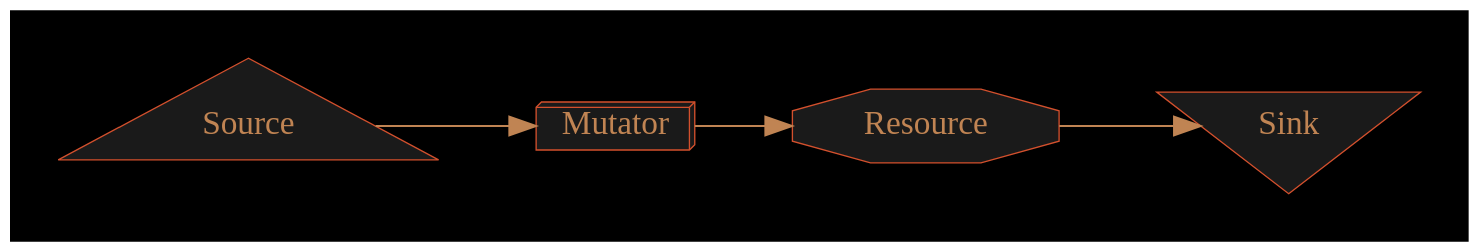
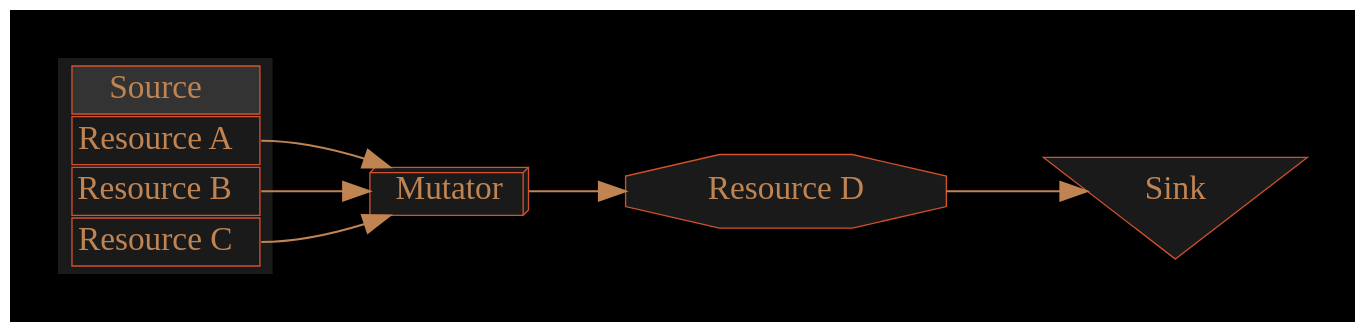
Before and after one commit to cartesiantheatre/handbook: the diagram in Handbook/Source/Game_Mechanics/Images/Legend.gv, drawn with Graphviz. The commit also changed 15 other files, not shown here.

```diff
--- a/Handbook/Source/Game_Mechanics/Images/Legend.gv
+++ b/Handbook/Source/Game_Mechanics/Images/Legend.gv
@@ -1,48 +1,69 @@
 /*
   This is part of the Avaneya Project Crew Handbook.
   Copyright (C) 2010, 2011, 2012
     Kshatra Corp.
   See the file License for copying conditions.
   
   To manually compile:
       $ sudo aptitude install graphviz
       $ dot -Tpdf Resources.gv -o Resources.pdf
 */
 
 // Legend graph...
 digraph Legend {
 
     // Graph attributes...
 	bgcolor="black";
 	fontname="Ubuntu Bold"
     labelfontname="Ubuntu Bold";
 	margin="0";
 	nodesep="0.5 equally";
 	rankdir="LR";
     pad="0.5,0.5";
 
 	// Node attributes...
 	node[color="#d3502dff"];
 	node[fillcolor="gray10"];
     node[fontcolor="#c08453ff"];
     node[fontname="Ubuntu Bold"];
 	node[shape=box];
 	node[style=filled];
 //	node[margin="0.2"];
 	node[fontsize="25"];
 
 	// Edge attributes...
 	edge[color="#c08453ff"];
 	edge[penwidth="1.5"];
 	edge[arrowsize="2.0"];
 	edge[minlen="2.0"];
 	
     // Legends...
     "Sink"[shape="invtriangle"];
-    "Resource"[shape=octagon];
+    "Resource D"[shape=octagon];
     "Mutator"[shape=box3d];
-    "Source"[shape=triangle];
-    
+    "Source"[
+        style = "filled, bold" 
+        fontname = "Ubuntu" 
+        shape = "none" 
+        label =
+            <<table border="0" cellborder="1" cellpadding="3" bgcolor="gray10" align="center">
+                <tr>
+                    <td bgcolor="gray20" align="center"><font face="Ubuntu Bold">Source</font></td>
+                </tr>
+                <tr>
+                    <td align="center" port="r1">Resource A</td>
+                </tr>
+                <tr>
+                    <td align="center" port="r2">Resource B</td>
+                </tr>
+                <tr>
+                    <td align="center" port="r3">Resource C</td>
+                </tr>
+            </table>>];
+
     // Relations...
-    "Source" -> "Mutator" -> "Resource" -> "Sink";
+    "Source":r1 -> "Mutator";
+    "Source":r2 -> "Mutator";
+    "Source":r3 -> "Mutator";
+    "Mutator" -> "Resource D" -> "Sink";
 }
```
